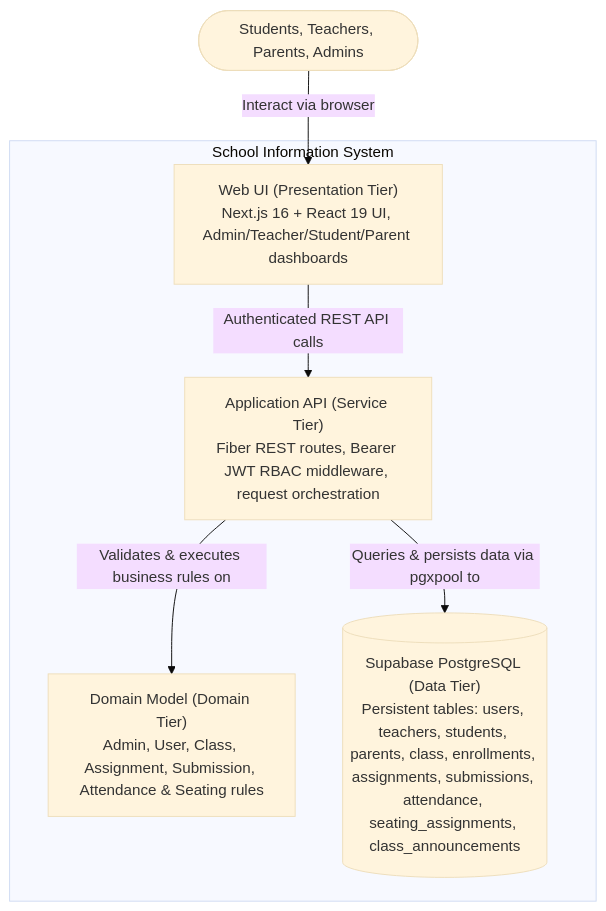
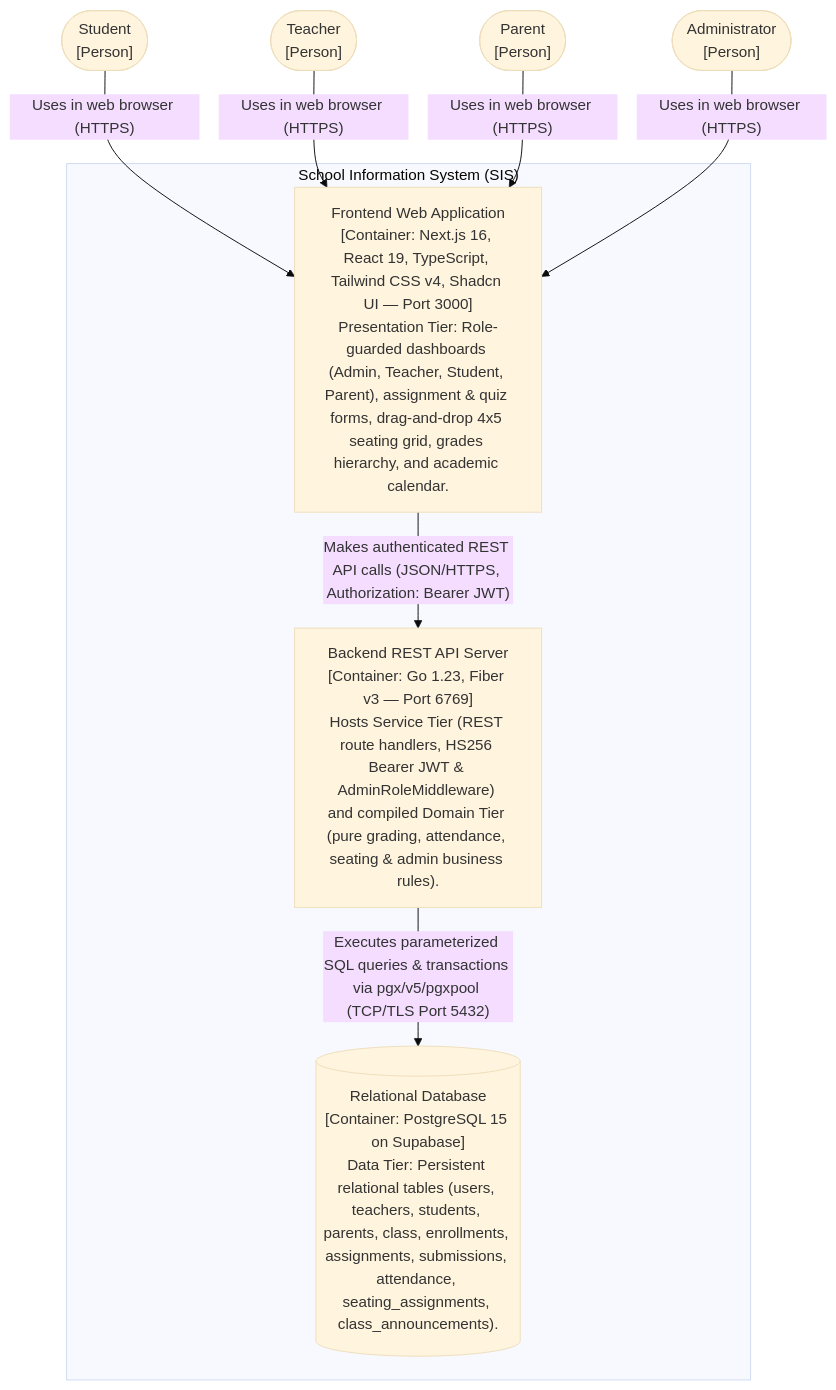
One commit to JosephGabrie/cen5064-project-JosephGabrie changed the second of 4 diagrams in README.md. Above: the diagram before and after it, drawn with Mermaid (base theme). The commit also changed other lines of this file and 3 other files, not shown here.

````diff
--- a/README.md
+++ b/README.md
@@ -232,19 +289,23 @@
 ```mermaid
-%% Container view: containers match the 4-tier table above.
 flowchart TB
-    Users([Students, Teachers, Parents, Admins]) --> |Interact via browser| ui
+    Student(["Student<br/>[Person]"])
+    Teacher(["Teacher<br/>[Person]"])
+    Parent(["Parent<br/>[Person]"])
+    Admin(["Administrator<br/>[Person]"])
 
-    subgraph SIS [School Information System]
-        ui["Web UI (Presentation Tier)<br/>Next.js 16 + React 19 UI, Admin/Teacher/Student/Parent dashboards"] 
-        
-        api["Application API (Service Tier)<br/>Fiber REST routes, Bearer JWT RBAC middleware, request orchestration"]
-        
-        domain["Domain Model (Domain Tier)<br/>Admin, User, Class, Assignment, Submission, Attendance & Seating rules"]
-        
-        db[("Supabase PostgreSQL (Data Tier)<br/>Persistent tables: users, teachers, students, parents, class, enrollments, assignments, submissions, attendance, seating_assignments, class_announcements")]
+    subgraph SIS ["School Information System (SIS)"]
+        webapp["Frontend Web Application<br/>[Container: Next.js 16, React 19, TypeScript, Tailwind CSS v4, Shadcn UI — Port 3000]<br/>Presentation Tier: Role-guarded dashboards (Admin, Teacher, Student, Parent), assignment & quiz forms, drag-and-drop 4x5 seating grid, grades hierarchy, and academic calendar."]
 
-        ui -->|Authenticated REST API calls| api
-        api -->|Validates & executes business rules on| domain
-        api -->|Queries & persists data via pgxpool to| db
+        api["Backend REST API Server<br/>[Container: Go 1.23, Fiber v3 — Port 6769]<br/>Hosts Service Tier (REST route handlers, HS256 Bearer JWT & AdminRoleMiddleware) and compiled Domain Tier (pure grading, attendance, seating & admin business rules)."]
+
+        db[("Relational Database<br/>[Container: PostgreSQL 15 on Supabase]<br/>Data Tier: Persistent relational tables (users, teachers, students, parents, class, enrollments, assignments, submissions, attendance, seating_assignments, class_announcements).")]
+
+        webapp -- "Makes authenticated REST API calls (JSON/HTTPS, Authorization: Bearer JWT)" --> api
+        api -- "Executes parameterized SQL queries & transactions via pgx/v5/pgxpool (TCP/TLS Port 5432)" --> db
     end
+
+    Student -- "Uses in web browser (HTTPS)" --> webapp
+    Teacher -- "Uses in web browser (HTTPS)" --> webapp
+    Parent -- "Uses in web browser (HTTPS)" --> webapp
+    Admin -- "Uses in web browser (HTTPS)" --> webapp
 ```
````
